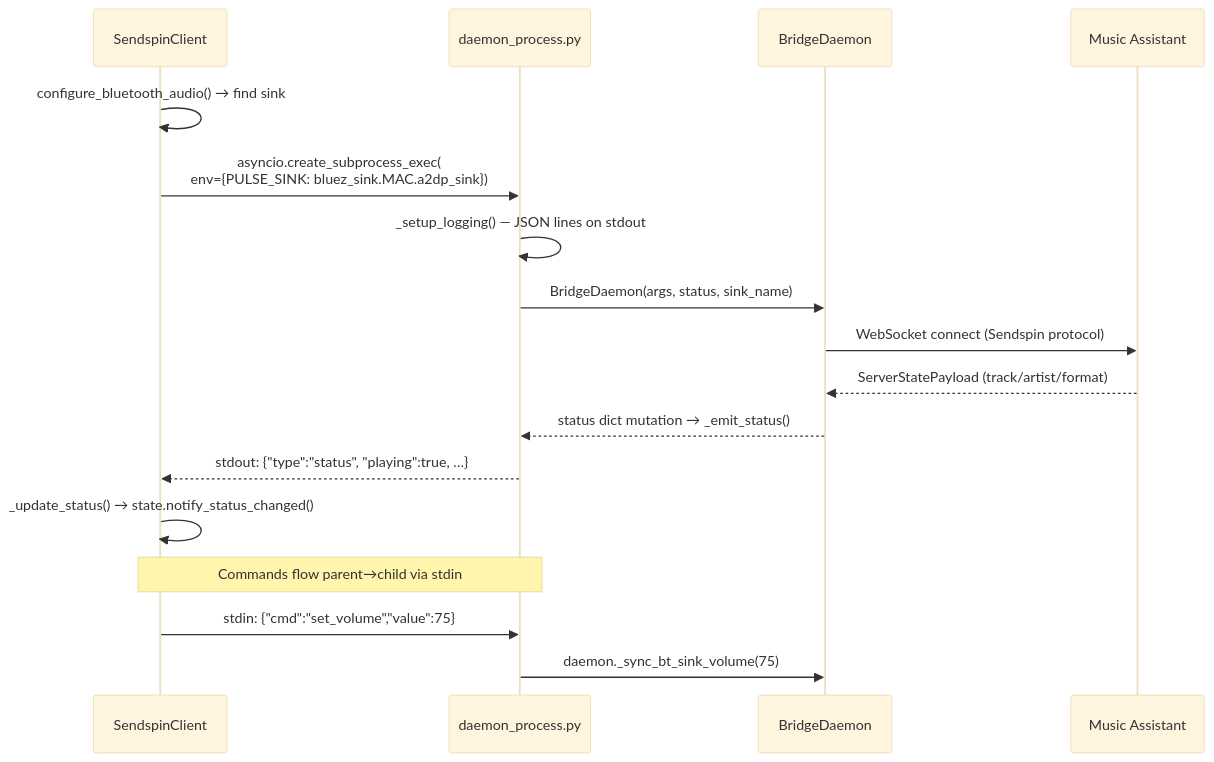
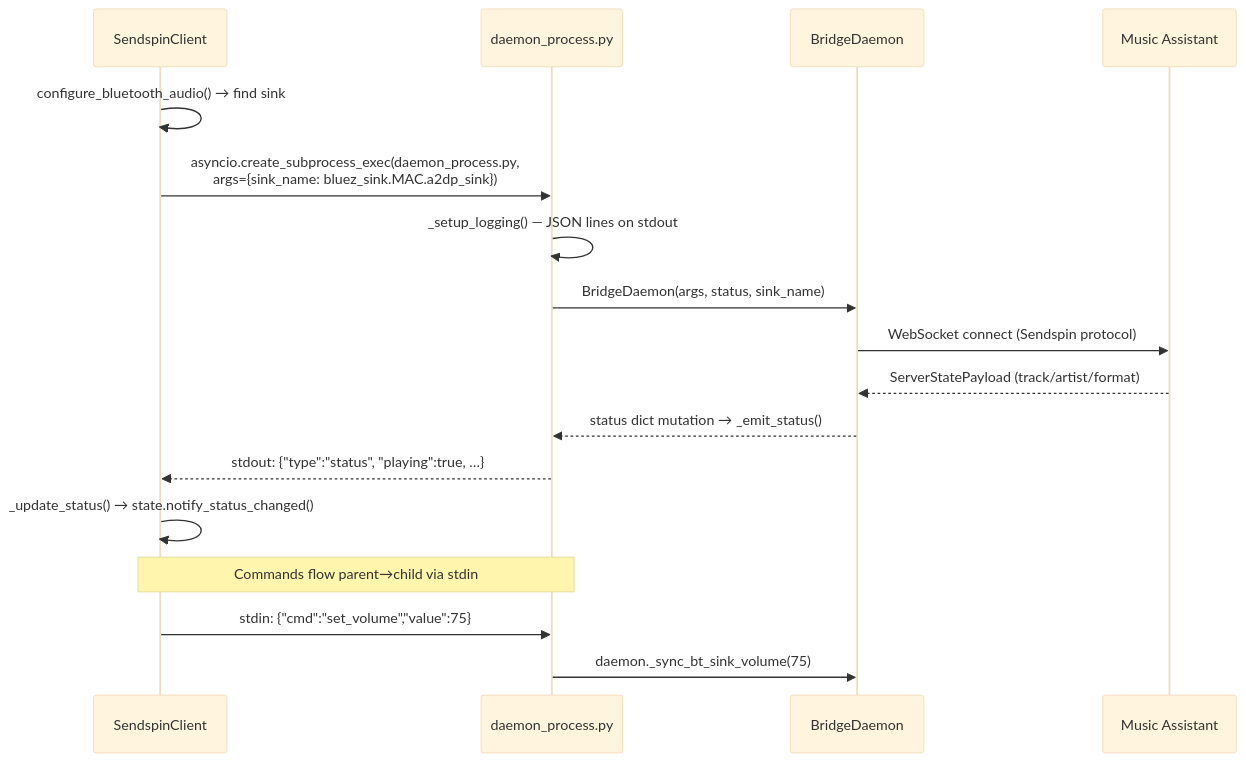
One commit to trudenboy/sendspin-bt-bridge changed the third of 28 diagrams in docs-site/src/content/docs/architecture.md. Above: the diagram before and after it, drawn with Mermaid (base theme). The commit also changed other lines of this file and 78 other files, not shown here.

````diff
--- a/docs-site/src/content/docs/architecture.md
+++ b/docs-site/src/content/docs/architecture.md
@@ -196,20 +197,20 @@
 ```mermaid
 sequenceDiagram
     participant SC as SendspinClient
     participant DP as daemon_process.py
     participant BD as BridgeDaemon
     participant MA as Music Assistant
 
     SC->>SC: configure_bluetooth_audio() → find sink
-    SC->>DP: asyncio.create_subprocess_exec(<br/>env={PULSE_SINK: bluez_sink.MAC.a2dp_sink})
+    SC->>DP: asyncio.create_subprocess_exec(daemon_process.py,<br/>args={sink_name: bluez_sink.MAC.a2dp_sink})
     DP->>DP: _setup_logging() — JSON lines on stdout
     DP->>BD: BridgeDaemon(args, status, sink_name)
     BD->>MA: WebSocket connect (Sendspin protocol)
     MA-->>BD: ServerStatePayload (track/artist/format)
     BD-->>DP: status dict mutation → _emit_status()
     DP-->>SC: stdout: {"type":"status", "playing":true, …}
     SC->>SC: _update_status() → state.notify_status_changed()
     Note over SC,DP: Commands flow parent→child via stdin
     SC->>DP: stdin: {"cmd":"set_volume","value":75}
     DP->>BD: daemon._sync_bt_sink_volume(75)
 ```
````
